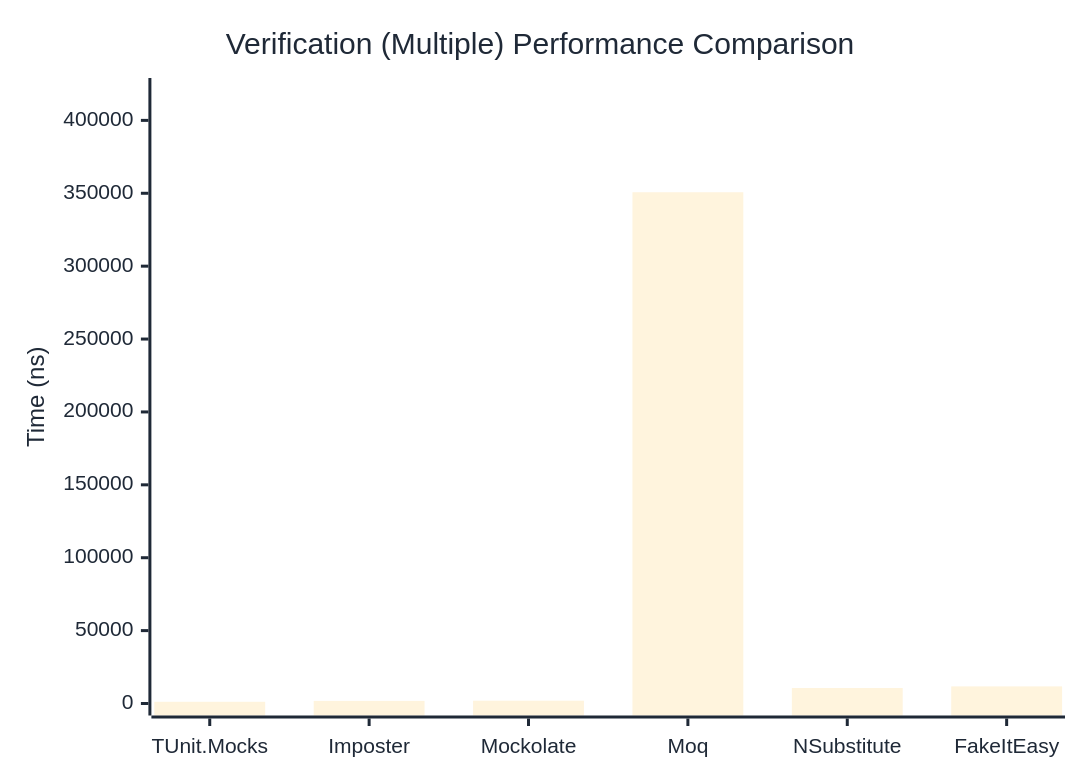
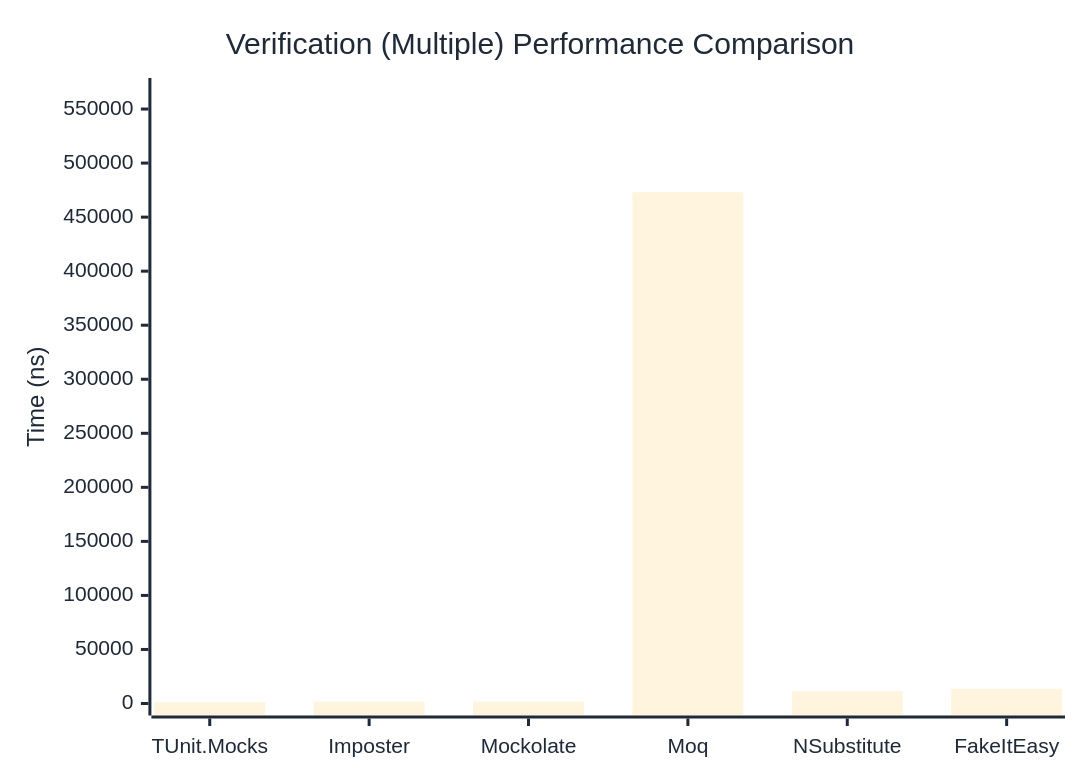
Before and after one commit to thomhurst/TUnit: the third of 3 diagrams in docs/docs/benchmarks/mocks/Verification.md, drawn with Mermaid. The commit also changed other lines of this file and 14 other files, not shown here.

````diff
--- a/docs/docs/benchmarks/mocks/Verification.md
+++ b/docs/docs/benchmarks/mocks/Verification.md
@@ -110,27 +110,27 @@
 ```mermaid
 %%{init: {
   'theme':'base',
   'themeVariables': {
     'primaryColor': '#2563eb',
     'primaryTextColor': '#1f2937',
     'primaryBorderColor': '#1e40af',
     'lineColor': '#6b7280',
     'secondaryColor': '#7c3aed',
     'tertiaryColor': '#dc2626',
     'background': '#ffffff',
     'pie1': '#2563eb',
     'pie2': '#7c3aed',
     'pie3': '#dc2626',
     'pie4': '#f59e0b',
     'pie5': '#10b981',
     'pie6': '#06b6d4',
     'pie7': '#ec4899',
     'pie8': '#6366f1'
   }
 }}%%
 xychart-beta
   title "Verification (Multiple) Performance Comparison"
   x-axis ["TUnit.Mocks", "Imposter", "Mockolate", "Moq", "NSubstitute", "FakeItEasy"]
-  y-axis "Time (ns)" 0 --> 420843
-  bar [1177.01, 1772.97, 1920.12, 350702.23, 10626.33, 11730.48]
+  y-axis "Time (ns)" 0 --> 567622
+  bar [1203.29, 1803.81, 1847.85, 473017.88, 11482.7, 13534.29]
 ```
````
